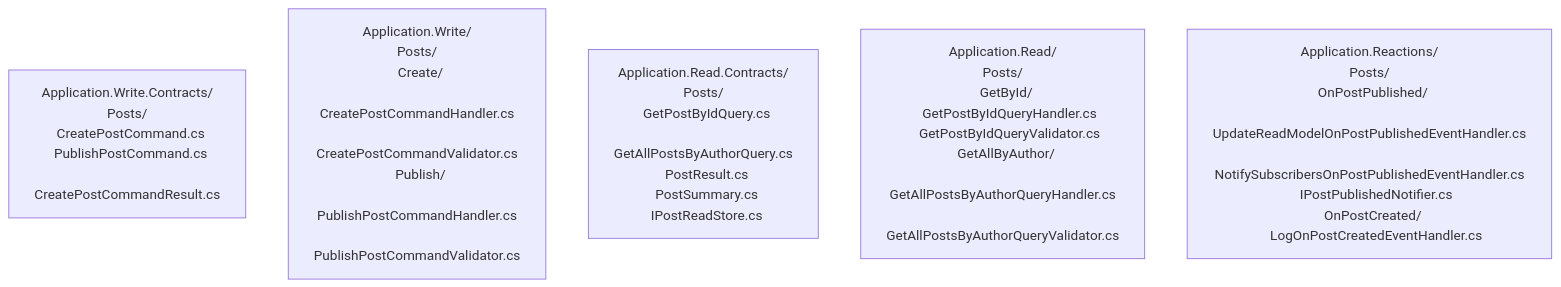
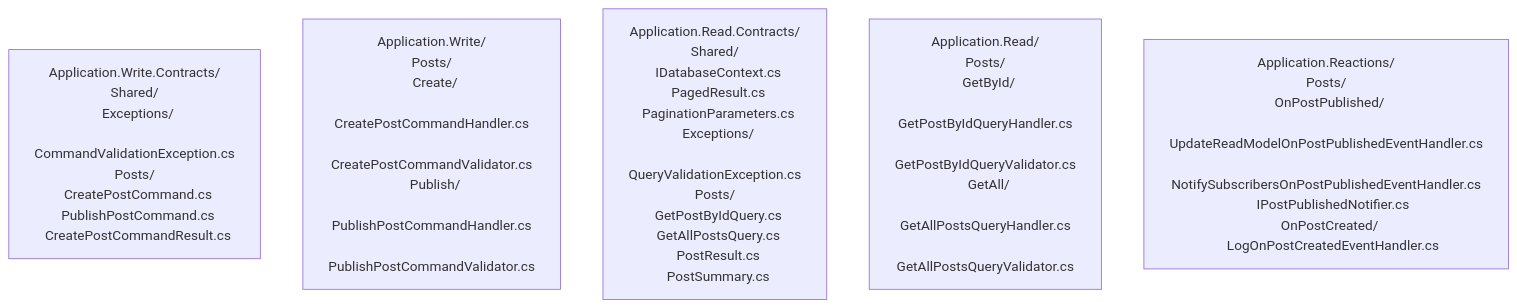
Before and after one commit to Litenova-Solutions/Engineering-Standards: the diagram in docs/conventions/backend/03-application-layer.md, drawn with Mermaid. The commit also changed other lines of this file and 12 other files, not shown here.

First line of the commit message:
feat: Refactor exception hierarchy and read strategy documentation

````diff
--- a/docs/conventions/backend/03-application-layer.md
+++ b/docs/conventions/backend/03-application-layer.md
@@ -27,8 +27,8 @@
 ```mermaid
 graph TD
-    WriteContracts["Application.Write.Contracts/\nPosts/\n  CreatePostCommand.cs\n  PublishPostCommand.cs\n  CreatePostCommandResult.cs"]
+    WriteContracts["Application.Write.Contracts/\nShared/\n  Exceptions/\n    CommandValidationException.cs\nPosts/\n  CreatePostCommand.cs\n  PublishPostCommand.cs\n  CreatePostCommandResult.cs"]
     Write["Application.Write/\nPosts/\n  Create/\n    CreatePostCommandHandler.cs\n    CreatePostCommandValidator.cs\n  Publish/\n    PublishPostCommandHandler.cs\n    PublishPostCommandValidator.cs"]
-    ReadContracts["Application.Read.Contracts/\nPosts/\n  GetPostByIdQuery.cs\n  GetAllPostsByAuthorQuery.cs\n  PostResult.cs\n  PostSummary.cs\n  IPostReadStore.cs"]
-    Read["Application.Read/\nPosts/\n  GetById/\n    GetPostByIdQueryHandler.cs\n    GetPostByIdQueryValidator.cs\n  GetAllByAuthor/\n    GetAllPostsByAuthorQueryHandler.cs\n    GetAllPostsByAuthorQueryValidator.cs"]
+    ReadContracts["Application.Read.Contracts/\nShared/\n  IDatabaseContext.cs\n  PagedResult.cs\n  PaginationParameters.cs\n  Exceptions/\n    QueryValidationException.cs\nPosts/\n  GetPostByIdQuery.cs\n  GetAllPostsQuery.cs\n  PostResult.cs\n  PostSummary.cs"]
+    Read["Application.Read/\nPosts/\n  GetById/\n    GetPostByIdQueryHandler.cs\n    GetPostByIdQueryValidator.cs\n  GetAll/\n    GetAllPostsQueryHandler.cs\n    GetAllPostsQueryValidator.cs"]
     Reactions["Application.Reactions/\nPosts/\n  OnPostPublished/\n    UpdateReadModelOnPostPublishedEventHandler.cs\n    NotifySubscribersOnPostPublishedEventHandler.cs\n    IPostPublishedNotifier.cs\n  OnPostCreated/\n    LogOnPostCreatedEventHandler.cs"]
 ```
````
